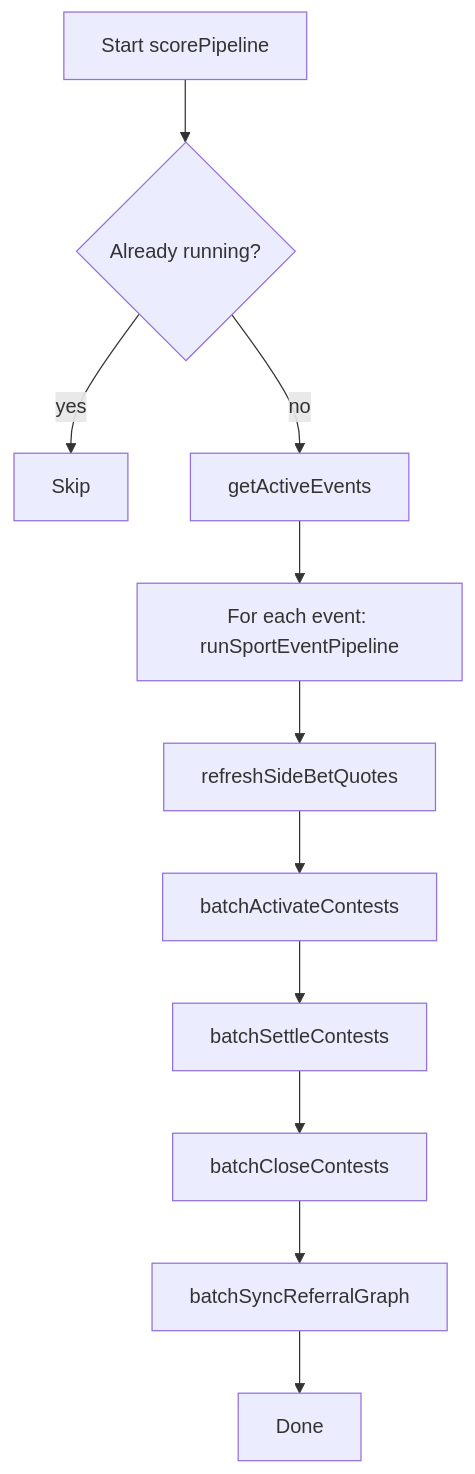
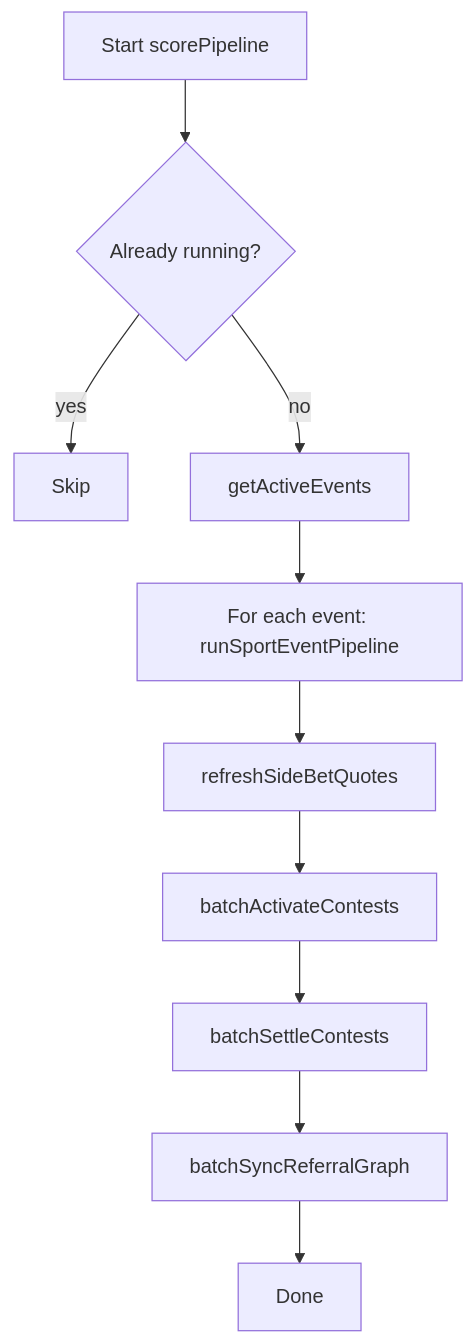
One commit to MagRelo/cut changed the diagram in spec/server/cron.md. Above: the diagram before and after it, drawn with Mermaid. The commit also changed other lines of this file and 56 other files, not shown here.

````diff
--- a/spec/server/cron.md
+++ b/spec/server/cron.md
@@ -18,13 +18,12 @@
 ```mermaid
 flowchart TD
   A[Start scorePipeline] --> B{Already running?}
   B -->|yes| Z[Skip]
   B -->|no| C[getActiveEvents]
   C --> D[For each event: runSportEventPipeline]
   D --> E[refreshSideBetQuotes]
   E --> F[batchActivateContests]
   F --> G[batchSettleContests]
-  G --> H[batchCloseContests]
-  H --> I[batchSyncReferralGraph]
-  I --> K[Done]
+  G --> H[batchSyncReferralGraph]
+  H --> K[Done]
 ```
````
